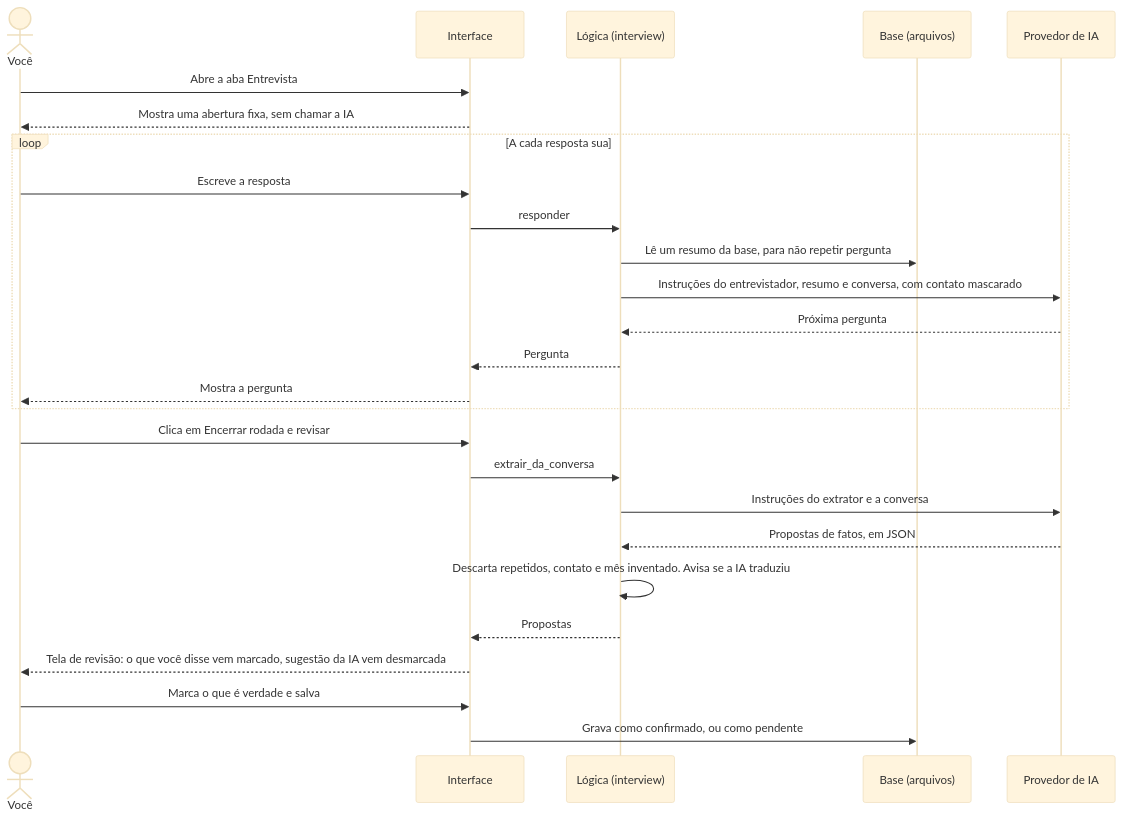
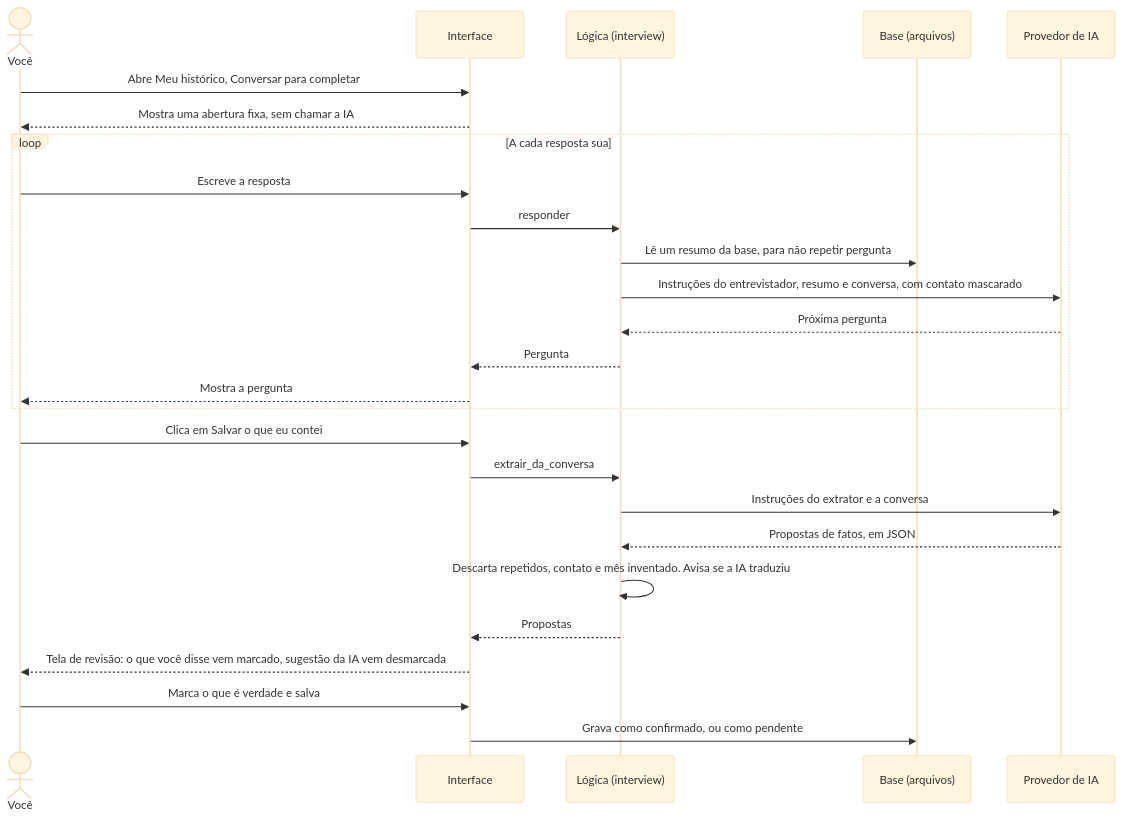
Before and after one commit to feeslopes/assistente_curriculo: the fifth of 9 diagrams in README.md, drawn with Mermaid (base theme). The commit also changed other lines of this file and 28 other files, not shown here.

````diff
--- a/README.md
+++ b/README.md
@@ -328,29 +336,29 @@
 ```mermaid
 sequenceDiagram
   actor V as Você
   participant UI as Interface
   participant L as Lógica (interview)
   participant K as Base (arquivos)
   participant IA as Provedor de IA
 
-  V->>UI: Abre a aba Entrevista
+  V->>UI: Abre Meu histórico, Conversar para completar
   UI-->>V: Mostra uma abertura fixa, sem chamar a IA
   loop A cada resposta sua
     V->>UI: Escreve a resposta
     UI->>L: responder
     L->>K: Lê um resumo da base, para não repetir pergunta
     L->>IA: Instruções do entrevistador, resumo e conversa, com contato mascarado
     IA-->>L: Próxima pergunta
     L-->>UI: Pergunta
     UI-->>V: Mostra a pergunta
   end
-  V->>UI: Clica em Encerrar rodada e revisar
+  V->>UI: Clica em Salvar o que eu contei
   UI->>L: extrair_da_conversa
   L->>IA: Instruções do extrator e a conversa
   IA-->>L: Propostas de fatos, em JSON
   L->>L: Descarta repetidos, contato e mês inventado. Avisa se a IA traduziu
   L-->>UI: Propostas
   UI-->>V: Tela de revisão: o que você disse vem marcado, sugestão da IA vem desmarcada
   V->>UI: Marca o que é verdade e salva
   UI->>K: Grava como confirmado, ou como pendente
 ```
````
